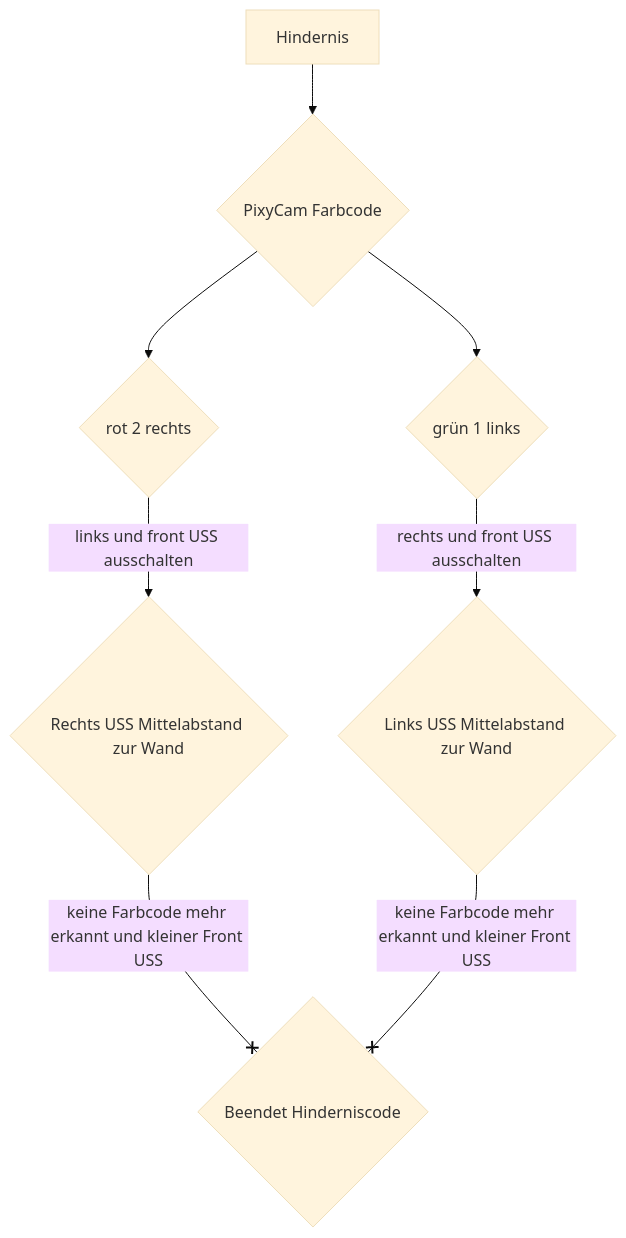
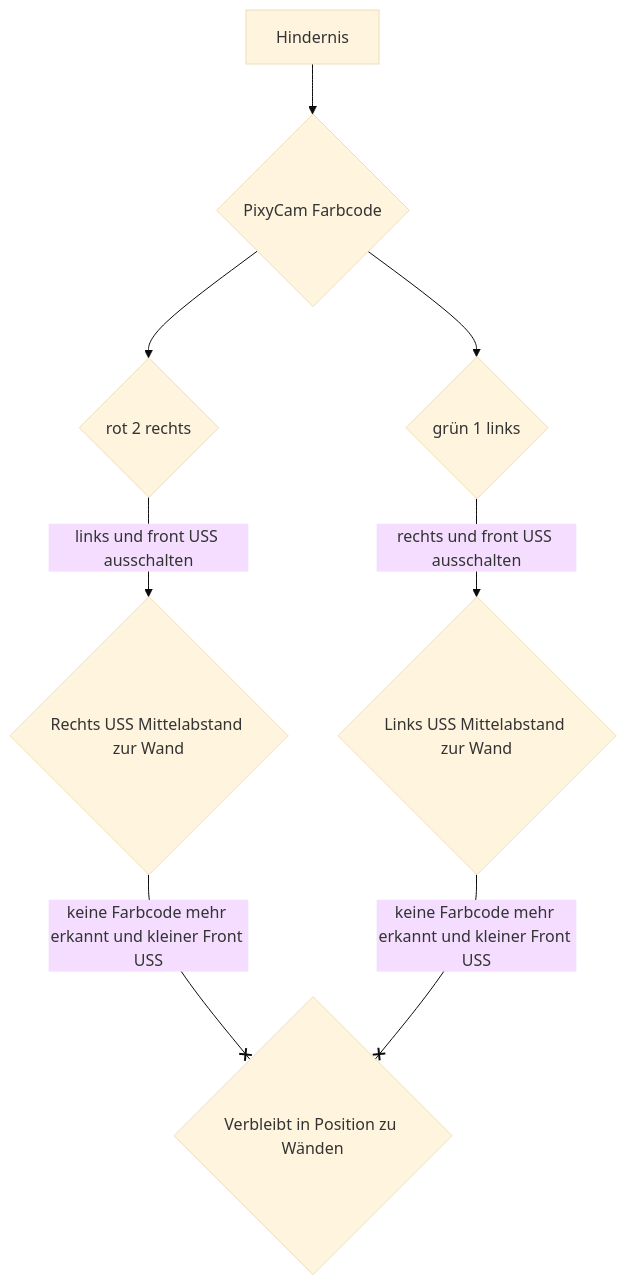
Before and after one commit to SchroedingersBit/PfortGTPanama: the diagram in Programme/Hindernisrennen/README.md, drawn with Mermaid (base theme).

````diff
--- a/Programme/Hindernisrennen/README.md
+++ b/Programme/Hindernisrennen/README.md
@@ -4,7 +4,7 @@
 ```mermaid
 flowchart TB;
 Hindernis --> P{PixyCam Farbcode} --> R{rot 2 rechts} & G{grün 1 links};
 R -->|links und front USS ausschalten| RU{Rechts USS Mittelabstand zur Wand};
 G -->|rechts und front USS ausschalten| LU{Links USS Mittelabstand zur Wand};
-RU & LU --x |keine Farbcode mehr erkannt und kleiner Front USS | B{Beendet Hinderniscode};
+RU & LU --x |keine Farbcode mehr erkannt und kleiner Front USS | B{Verbleibt in Position zu Wänden};
 ```
````
